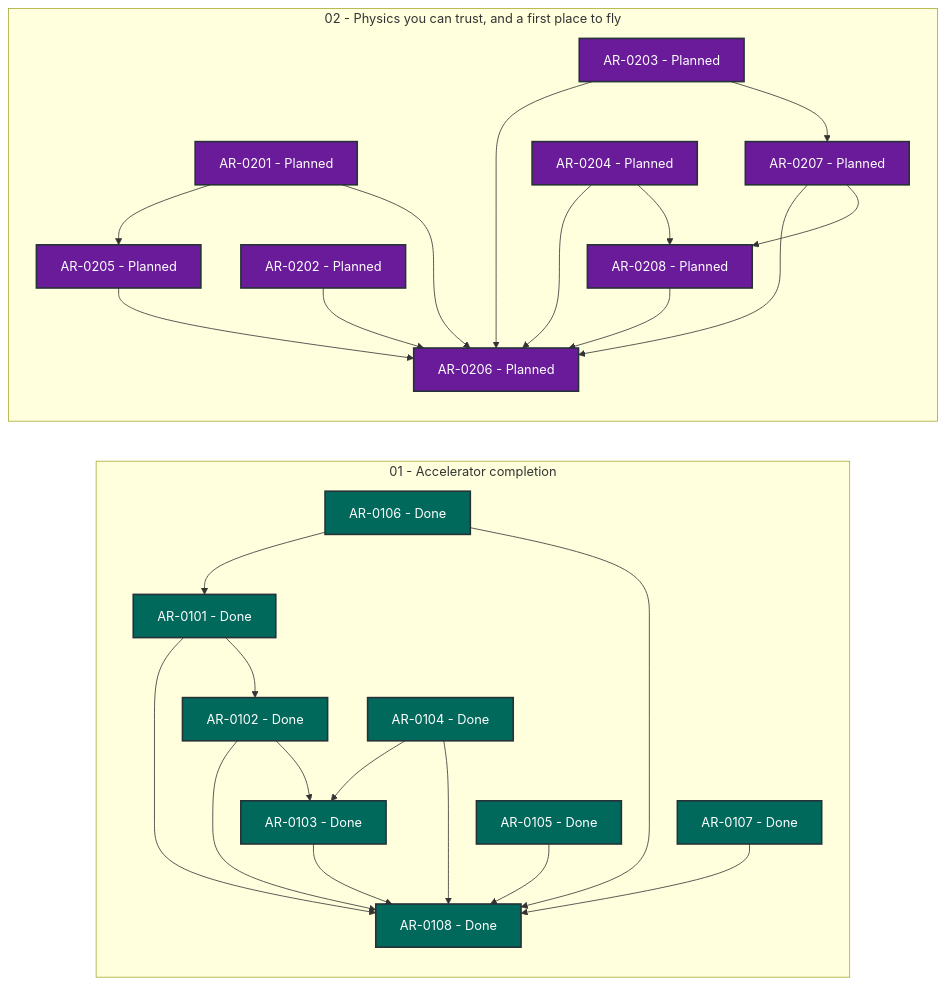
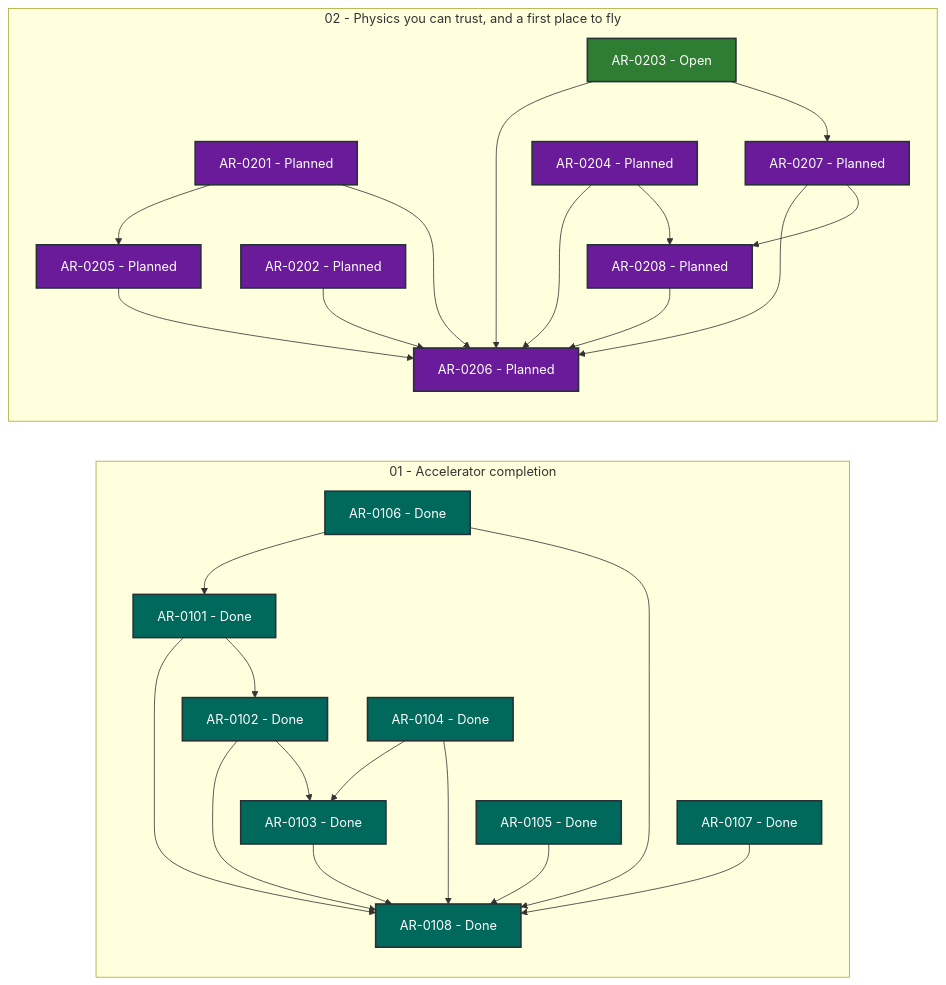
Before and after one commit to locutus3009/exgame: the diagram in coordination/STATUS.md, drawn with Mermaid. The commit also changed other lines of this file and 2 other files, not shown here.

````diff
--- a/coordination/STATUS.md
+++ b/coordination/STATUS.md
@@ -28,56 +28,56 @@
 ```mermaid
 flowchart LR
     subgraph series_01["01 - Accelerator completion"]
         direction TB
         AR_0101["AR-0101 - Done"]:::status_done
         AR_0102["AR-0102 - Done"]:::status_done
         AR_0103["AR-0103 - Done"]:::status_done
         AR_0104["AR-0104 - Done"]:::status_done
         AR_0105["AR-0105 - Done"]:::status_done
         AR_0106["AR-0106 - Done"]:::status_done
         AR_0107["AR-0107 - Done"]:::status_done
         AR_0108["AR-0108 - Done"]:::status_done
     end
     subgraph series_02["02 - Physics you can trust, and a first place to fly"]
         direction TB
         AR_0201["AR-0201 - Planned"]:::status_planned
         AR_0202["AR-0202 - Planned"]:::status_planned
-        AR_0203["AR-0203 - Planned"]:::status_planned
+        AR_0203["AR-0203 - Open"]:::status_open
         AR_0204["AR-0204 - Planned"]:::status_planned
         AR_0205["AR-0205 - Planned"]:::status_planned
         AR_0206["AR-0206 - Planned"]:::status_planned
         AR_0207["AR-0207 - Planned"]:::status_planned
         AR_0208["AR-0208 - Planned"]:::status_planned
     end
     AR_0101 --> AR_0102
     AR_0101 --> AR_0108
     AR_0102 --> AR_0103
     AR_0102 --> AR_0108
     AR_0103 --> AR_0108
     AR_0104 --> AR_0103
     AR_0104 --> AR_0108
     AR_0105 --> AR_0108
     AR_0106 --> AR_0101
     AR_0106 --> AR_0108
     AR_0107 --> AR_0108
     AR_0201 --> AR_0205
     AR_0201 --> AR_0206
     AR_0202 --> AR_0206
     AR_0203 --> AR_0206
     AR_0203 --> AR_0207
     AR_0204 --> AR_0206
     AR_0204 --> AR_0208
     AR_0205 --> AR_0206
     AR_0207 --> AR_0206
     AR_0207 --> AR_0208
     AR_0208 --> AR_0206
     classDef status_in_progress fill:#1565c0,color:#ffffff,stroke:#263238,stroke-width:2px
     classDef status_in_review fill:#ad1457,color:#ffffff,stroke:#263238,stroke-width:2px
     classDef status_open fill:#2e7d32,color:#ffffff,stroke:#263238,stroke-width:2px
     classDef status_blocked fill:#c62828,color:#ffffff,stroke:#263238,stroke-width:2px
     classDef status_planned fill:#6a1b9a,color:#ffffff,stroke:#263238,stroke-width:2px
     classDef status_future fill:#455a64,color:#ffffff,stroke:#263238,stroke-width:2px
     classDef status_done fill:#00695c,color:#ffffff,stroke:#263238,stroke-width:2px
     classDef status_cancelled fill:#616161,color:#ffffff,stroke:#263238,stroke-width:2px
     classDef status_superseded fill:#5d4037,color:#ffffff,stroke:#263238,stroke-width:2px
 ```
````
